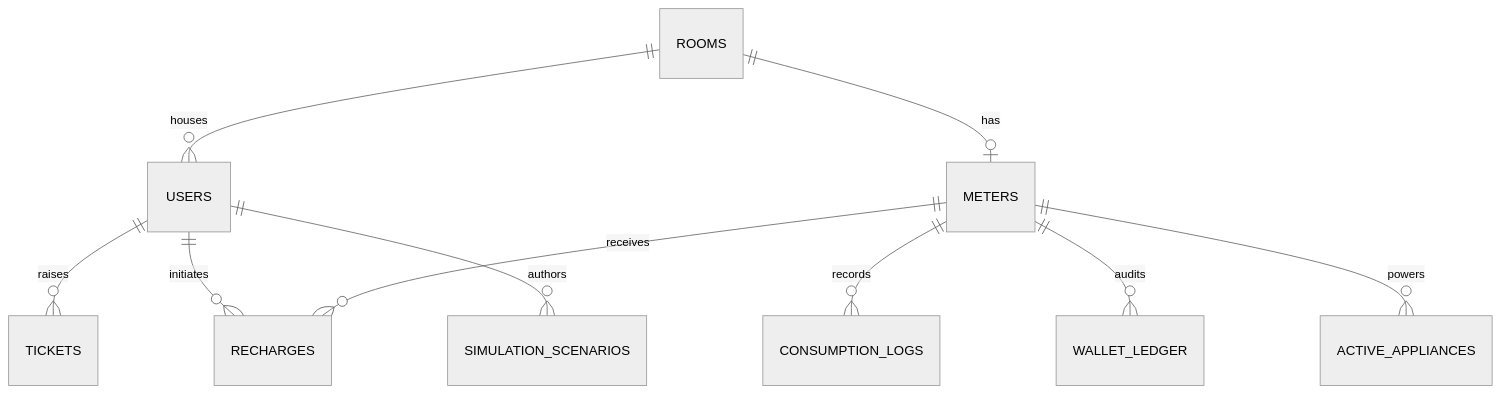
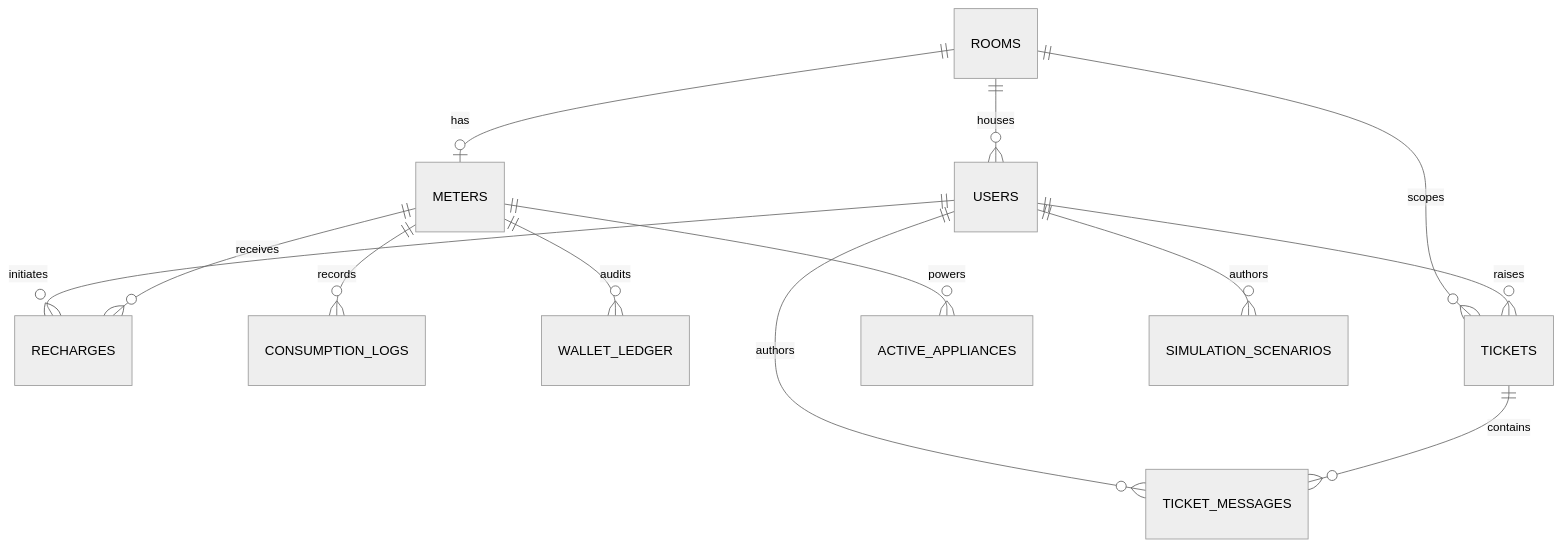
One commit to Er-Ishan-Srivastav/SmartVolt changed the diagram in docs/DATA_MODEL.md. Above: the diagram before and after it, drawn with Mermaid (neutral theme). The commit also changed other lines of this file and 38 other files, not shown here.

````diff
--- a/docs/DATA_MODEL.md
+++ b/docs/DATA_MODEL.md
@@ -5,12 +5,15 @@
 ```mermaid
 erDiagram
     ROOMS ||--o{ USERS : houses
     ROOMS ||--o| METERS : has
     METERS ||--o{ RECHARGES : receives
     USERS ||--o{ RECHARGES : initiates
     METERS ||--o{ CONSUMPTION_LOGS : records
     METERS ||--o{ WALLET_LEDGER : audits
     USERS ||--o{ TICKETS : raises
+    ROOMS ||--o{ TICKETS : scopes
+    TICKETS ||--o{ TICKET_MESSAGES : contains
+    USERS ||--o{ TICKET_MESSAGES : authors
     METERS ||--o{ ACTIVE_APPLIANCES : powers
     USERS ||--o{ SIMULATION_SCENARIOS : authors
 ```
````
